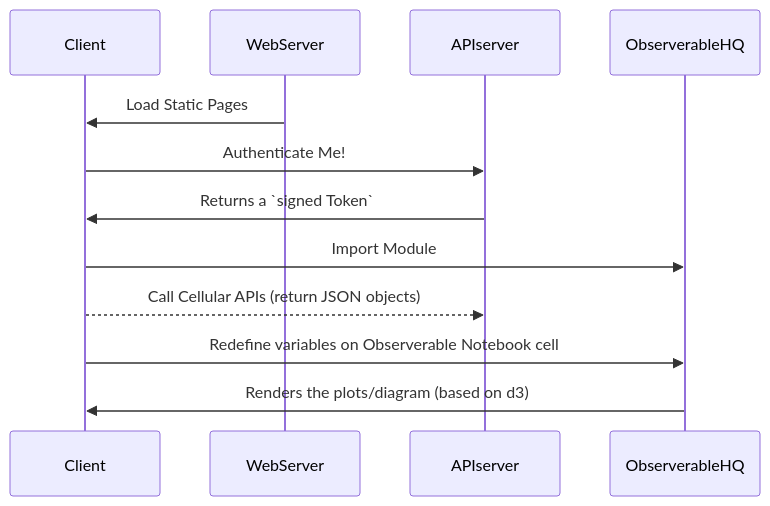
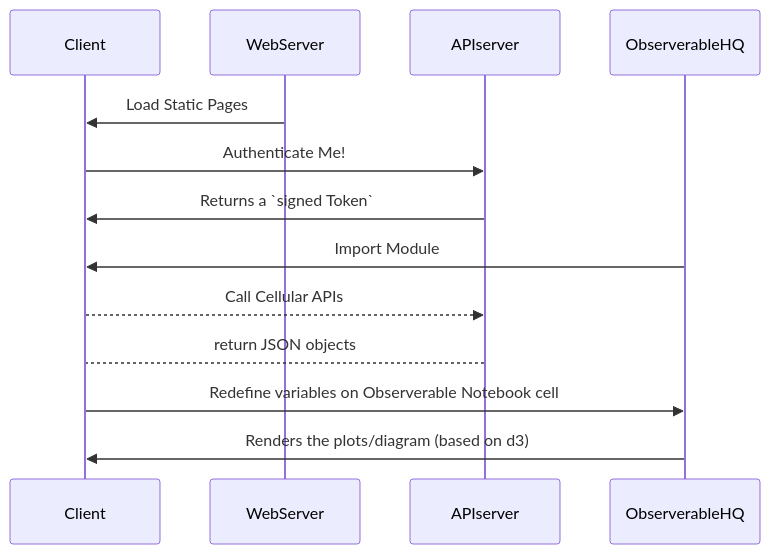
Before and after one commit to wiless/wiless.github.io: the diagram in _tutorial/writingapiservice.md, drawn with Mermaid.

```diff
--- a/_tutorial/writingapiservice.md
+++ b/_tutorial/writingapiservice.md
@@ -13,16 +13,17 @@
 <div class="mermaid">
 sequenceDiagram
     participant Client
     participant WebServer
     participant APIserver    
     participant ObserverableHQ
     
     WebServer->>Client: Load Static Pages    
     Client->>APIserver: Authenticate Me!    
     APIserver->>Client: Returns a `signed Token`
-    Client->>ObserverableHQ: Import Module
-    Client-->>APIserver: Call Cellular APIs (return JSON objects)
+    ObserverableHQ->>Client: Import Module
+    Client-->>APIserver: Call Cellular APIs 
+    APIserver-->Client:  return JSON objects
     Client->>ObserverableHQ: Redefine variables on Observerable Notebook cell
     ObserverableHQ->>Client: Renders the plots/diagram (based on d3)    
 
 </div>
```
